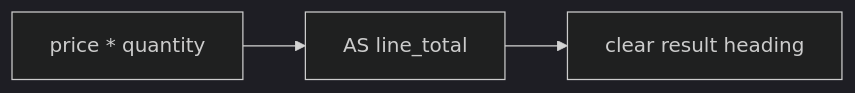
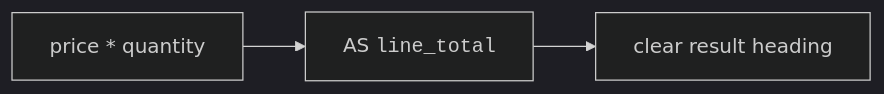
Before and after one commit to dataslope/dataslope: the second of 2 diagrams in content/learn/sqlite-for-beginners/expressions-and-aliases.mdx, drawn with Mermaid (dark theme). The commit also changed other lines of this file and 153 other files, not shown here.

First line of the commit message:
Render code-only mermaid shapes in monospace; convert step sequences to Steps

````diff
--- a/content/learn/sqlite-for-beginners/expressions-and-aliases.mdx
+++ b/content/learn/sqlite-for-beginners/expressions-and-aliases.mdx
@@ -131,5 +131,5 @@
 ```mermaid
 flowchart LR
-    E["price * quantity"] --> N["AS line_total"]
+    E["price * quantity"] --> N["AS <code>line_total</code>"]
     N --> R["clear result heading"]
 ```
````
